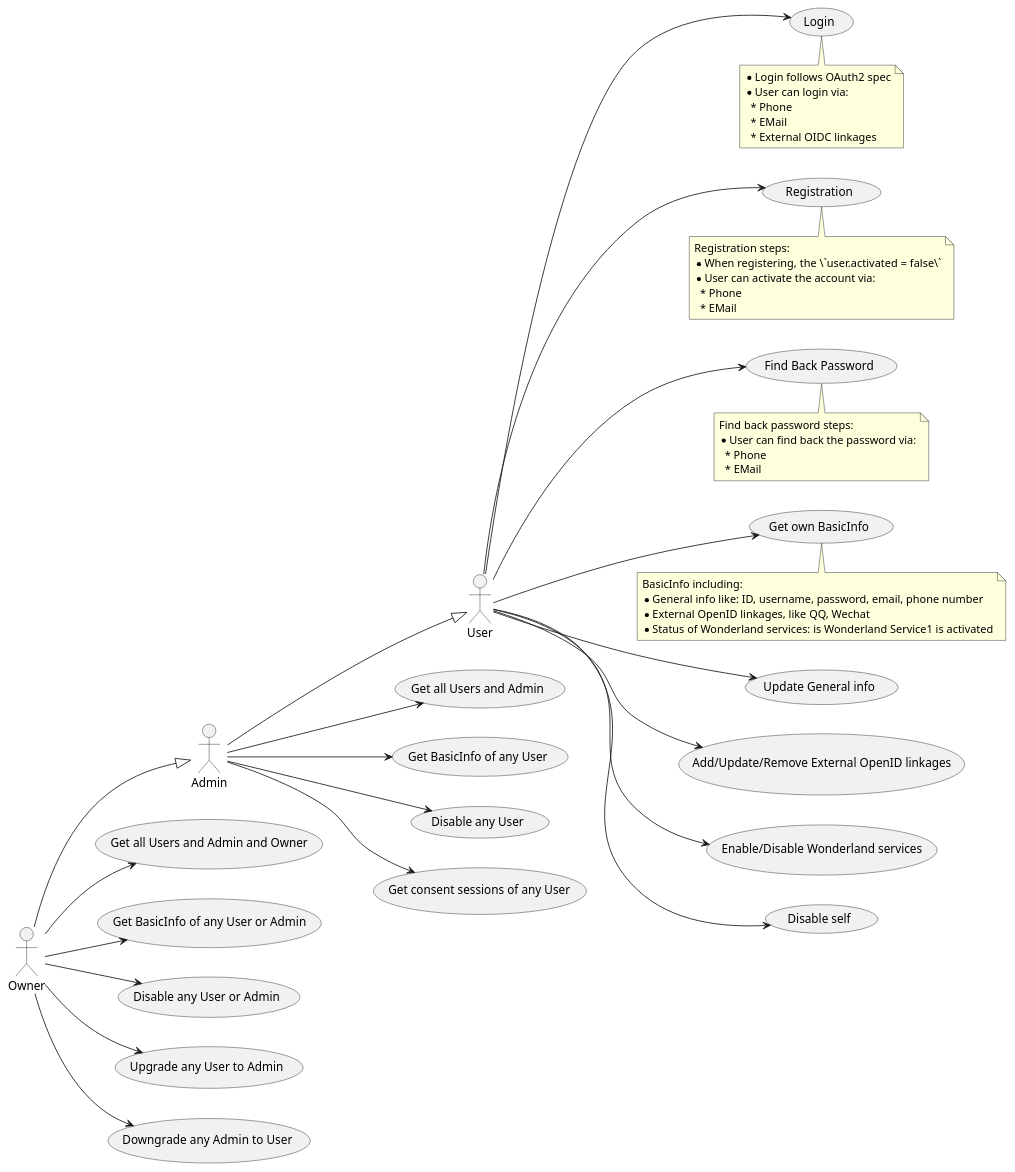
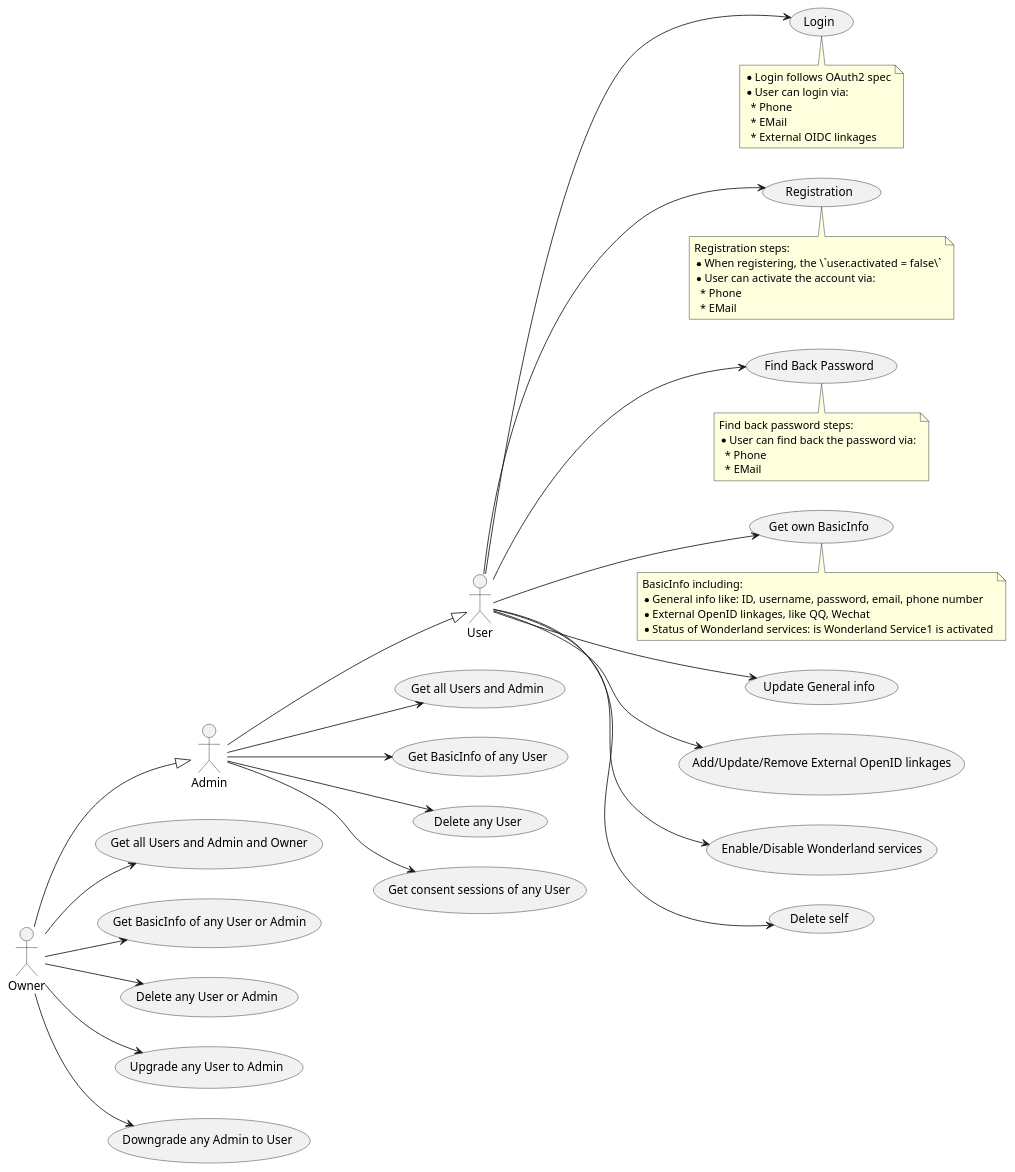
The first of 5 diagrams in docs/docs/design.md (alices-wonderland/doorknob), drawn with PlantUML before and after one commit. The commit also changed other lines of this file and 10 other files, not shown here.

```diff
--- a/docs/docs/design.md
+++ b/docs/docs/design.md
@@ -12,48 +12,48 @@
 @startuml
   left to right direction
   Admin --|> User
   Owner --|> Admin
   User --> (Login)
     note bottom of (Login)
     * Login follows OAuth2 spec
     * User can login via:
       * Phone
       * EMail
       * External OIDC linkages
     end note
   User --> (Registration)
     note bottom of (Registration)
     Registration steps:
     * When registering, the \`user.activated = false\`
     * User can activate the account via:
       * Phone
       * EMail
     end note
   User --> (Find Back Password)
     note bottom of (Find Back Password)
     Find back password steps:
     * User can find back the password via:
       * Phone
       * EMail
     end note
   User --> (Get own BasicInfo)
     note bottom of (Get own BasicInfo)
     BasicInfo including:
     * General info like: ID, username, password, email, phone number
     * External OpenID linkages, like QQ, Wechat
     * Status of Wonderland services: is Wonderland Service1 is activated
     end note
   User --> (Update General info)
   User --> (Add/Update/Remove External OpenID linkages)
   User --> (Enable/Disable Wonderland services)
-  User --> (Disable self)
+  User --> (Delete self)
   Admin --> (Get all Users and Admin)
   Admin --> (Get BasicInfo of any User)
-  Admin --> (Disable any User)
+  Admin --> (Delete any User)
   Admin --> (Get consent sessions of any User)
   Owner --> (Get all Users and Admin and Owner)
   Owner --> (Get BasicInfo of any User or Admin)
-  Owner --> (Disable any User or Admin)
+  Owner --> (Delete any User or Admin)
   Owner --> (Upgrade any User to Admin)
   Owner --> (Downgrade any Admin to User)
 @enduml
```
